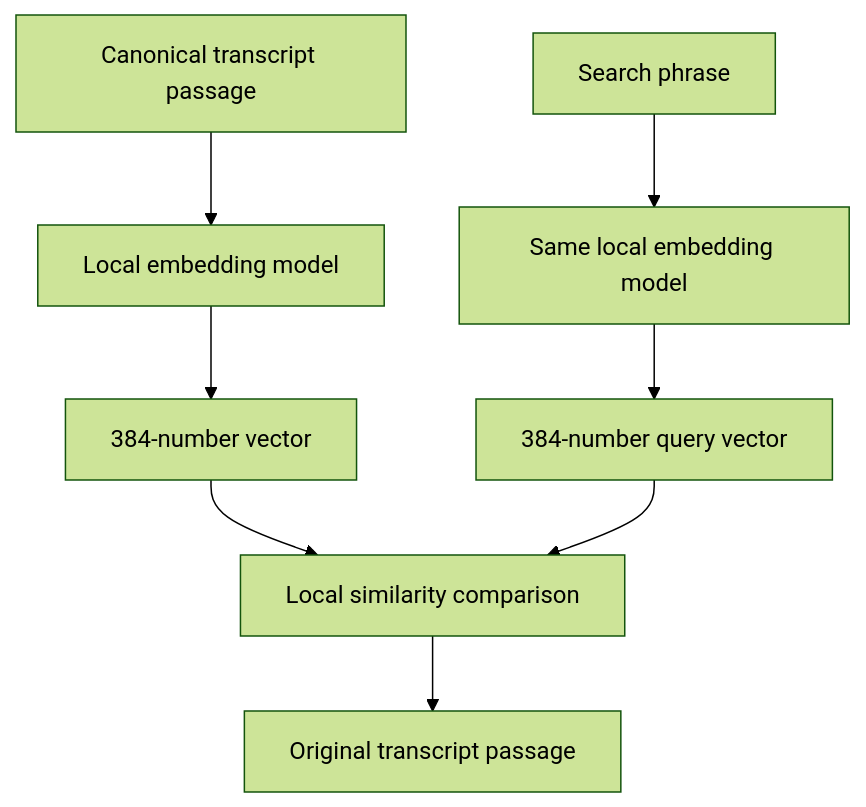
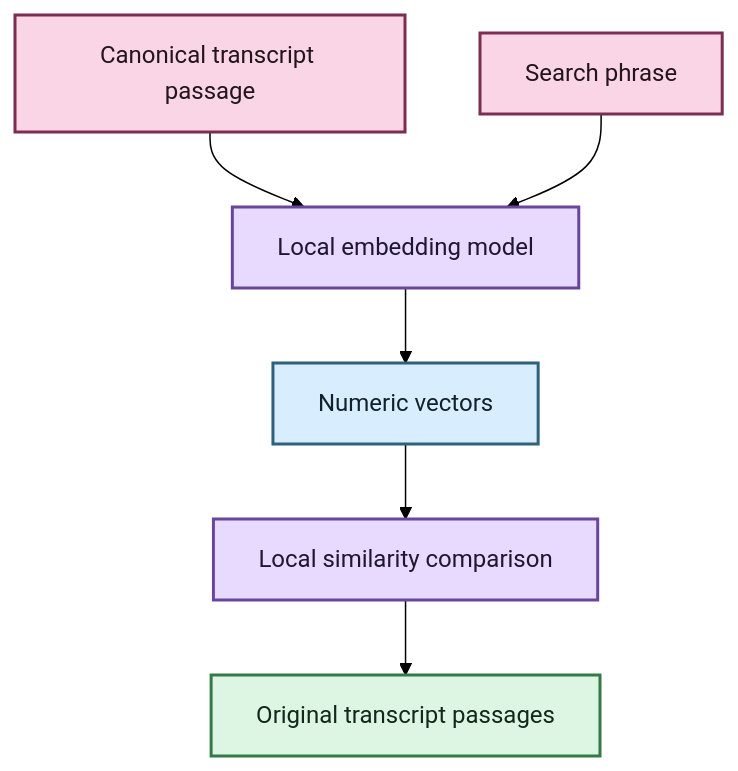
The second of 3 diagrams in docs/semantic-search.md (SSD1805/EchoFlow), drawn with Mermaid (forest theme) before and after one commit. The commit also changed other lines of this file, not shown here.

Commit message:
docs: polish semantic search guide

````diff
--- a/docs/semantic-search.md
+++ b/docs/semantic-search.md
@@ -40,10 +63,18 @@
 ```mermaid
 flowchart TD
     A[Canonical transcript passage] --> B[Local embedding model]
-    B --> C[384-number vector]
-    Q[Search phrase] --> D[Same local embedding model]
-    D --> E[384-number query vector]
-    C --> F[Local similarity comparison]
-    E --> F
-    F --> G[Original transcript passage]
+    Q[Search phrase] --> B
+    B --> C[Numeric vectors]
+    C --> D[Local similarity comparison]
+    D --> E[Original transcript passages]
+
+    classDef evidence fill:#F9D5E5,stroke:#7B2E52,stroke-width:2px,color:#22151B
+    classDef process fill:#E8D9FF,stroke:#68469B,stroke-width:2px,color:#1F1630
+    classDef derived fill:#D8EEFF,stroke:#2E617B,stroke-width:2px,color:#12222A
+    classDef result fill:#DDF5E3,stroke:#347A46,stroke-width:2px,color:#142719
+
+    class A,Q evidence
+    class B,D process
+    class C derived
+    class E result
 ```
````
